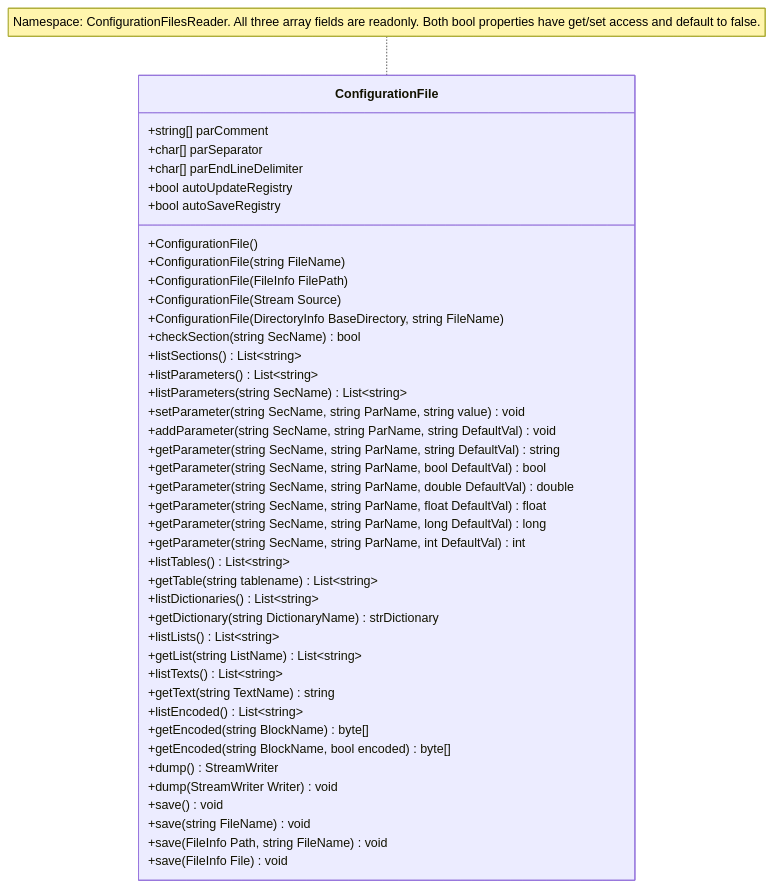
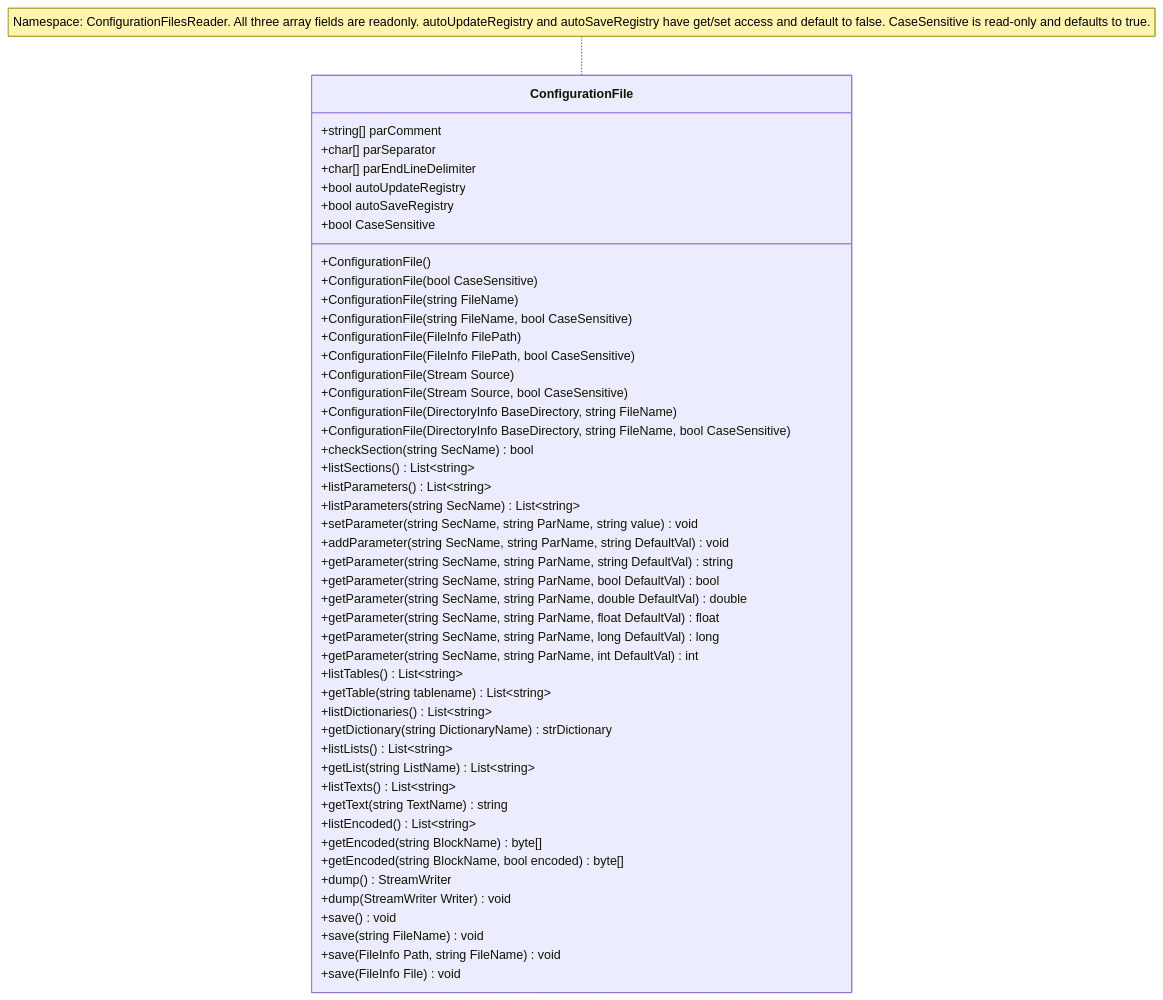
The diagram in README.md (delloiaconos/IniLike), drawn with Mermaid before and after one commit. The commit also changed other lines of this file and 6 other files, not shown here.

Commit message:
Added a boolean `CaseSensitive` option to all constructors

````diff
--- a/README.md
+++ b/README.md
@@ -256,53 +276,59 @@
 ```mermaid
 classDiagram
     class ConfigurationFile {
         %% Shared settings and constructors
         +string[] parComment
         +char[] parSeparator
         +char[] parEndLineDelimiter
         +bool autoUpdateRegistry
         +bool autoSaveRegistry
+        +bool CaseSensitive
         +ConfigurationFile()
+        +ConfigurationFile(bool CaseSensitive)
         +ConfigurationFile(string FileName)
+        +ConfigurationFile(string FileName, bool CaseSensitive)
         +ConfigurationFile(FileInfo FilePath)
+        +ConfigurationFile(FileInfo FilePath, bool CaseSensitive)
         +ConfigurationFile(Stream Source)
+        +ConfigurationFile(Stream Source, bool CaseSensitive)
         +ConfigurationFile(DirectoryInfo BaseDirectory, string FileName)
+        +ConfigurationFile(DirectoryInfo BaseDirectory, string FileName, bool CaseSensitive)
         %% Sections and parameters
         +checkSection(string SecName) bool
         +listSections() List~string~
         +listParameters() List~string~
         +listParameters(string SecName) List~string~
         +setParameter(string SecName, string ParName, string value) void
         +addParameter(string SecName, string ParName, string DefaultVal) void
         +getParameter(string SecName, string ParName, string DefaultVal) string
         +getParameter(string SecName, string ParName, bool DefaultVal) bool
         +getParameter(string SecName, string ParName, double DefaultVal) double
         +getParameter(string SecName, string ParName, float DefaultVal) float
         +getParameter(string SecName, string ParName, long DefaultVal) long
         +getParameter(string SecName, string ParName, int DefaultVal) int
         %% Tables
         +listTables() List~string~
         +getTable(string tablename) List~string~
         %% Dictionaries
         +listDictionaries() List~string~
         +getDictionary(string DictionaryName) strDictionary
         %% Lists
         +listLists() List~string~
         +getList(string ListName) List~string~
         %% Text blocks
         +listTexts() List~string~
         +getText(string TextName) string
         %% Encoded blocks
         +listEncoded() List~string~
         +getEncoded(string BlockName) byte[]
         +getEncoded(string BlockName, bool encoded) byte[]
         %% Persistence
         +dump() StreamWriter
         +dump(StreamWriter Writer) void
         +save() void
         +save(string FileName) void
         +save(FileInfo Path, string FileName) void
         +save(FileInfo File) void
     }
-    note for ConfigurationFile "Namespace: ConfigurationFilesReader. All three array fields are readonly. Both bool properties have get/set access and default to false."
+    note for ConfigurationFile "Namespace: ConfigurationFilesReader. All three array fields are readonly. autoUpdateRegistry and autoSaveRegistry have get/set access and default to false. CaseSensitive is read-only and defaults to true."
 ```
````
